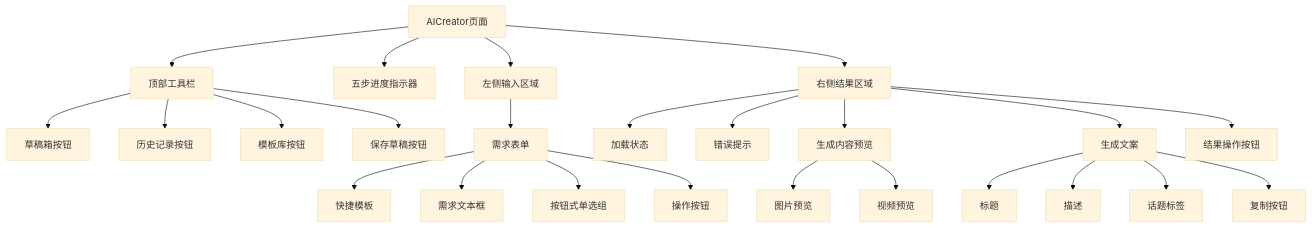
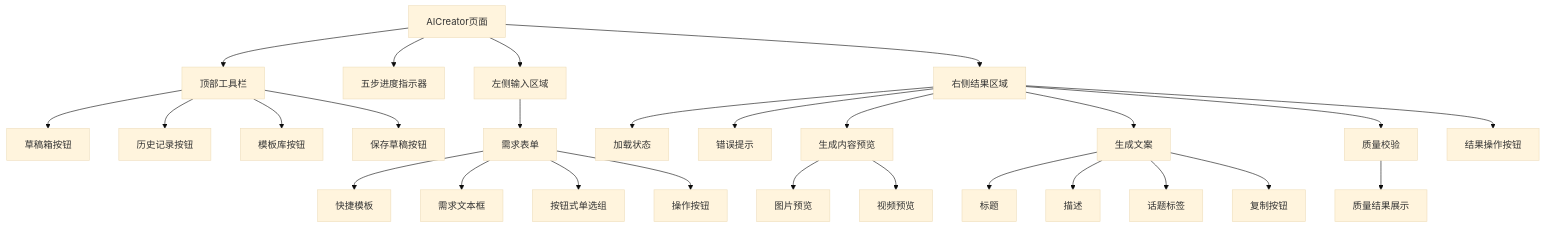
The eighth of 17 diagrams in .qoder/repowiki/zh/content/核心模块详解/Web界面系统/AI创作页面.md (songdiyang/clawOperations), drawn with Mermaid (base theme) before and after one commit. The commit also changed other lines of this file and 6 other files, not shown here.

Commit message:
feat: add regenerate copywriting button when quality check fails

````diff
--- a/.qoder/repowiki/zh/content/核心模块详解/Web界面系统/AI创作页面.md
+++ b/.qoder/repowiki/zh/content/核心模块详解/Web界面系统/AI创作页面.md
@@ -356,27 +382,29 @@
 ```mermaid
 graph TD
 AICreator[AICreator页面] --> TopToolbar[顶部工具栏]
 AICreator --> Steps[五步进度指示器]
 AICreator --> Left[左侧输入区域]
 AICreator --> Right[右侧结果区域]
 TopToolbar --> DraftBtn[草稿箱按钮]
 TopToolbar --> HistoryBtn[历史记录按钮]
 TopToolbar --> TemplateBtn[模板库按钮]
 TopToolbar --> SaveDraftBtn[保存草稿按钮]
 Left --> Form[需求表单]
 Form --> QuickTemplates[快捷模板]
 Form --> TextArea[需求文本框]
 Form --> ButtonRadio[按钮式单选组]
 Form --> ActionButtons[操作按钮]
 Right --> Loading[加载状态]
 Right --> Error[错误提示]
 Right --> Content[生成内容预览]
 Right --> Copywriting[生成文案]
+Right --> QualityCheck[质量校验]
 Right --> ResultButtons[结果操作按钮]
 Content --> Image[图片预览]
 Content --> Video[视频预览]
 Copywriting --> Title[标题]
 Copywriting --> Description[描述]
 Copywriting --> Hashtags[话题标签]
 Copywriting --> CopyButtons[复制按钮]
+QualityCheck --> QualityResult[质量结果展示]
 ```
````
